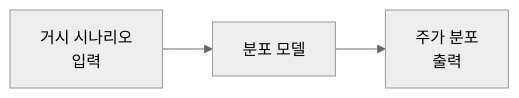
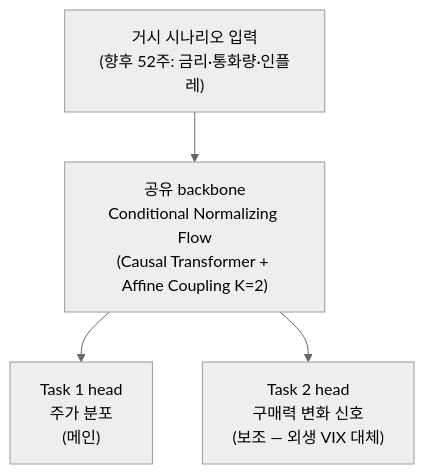
Before and after one commit to hwayobi2020/homeostatic-market: the diagram in README.md, drawn with Mermaid (neutral theme). The commit also changed other lines of this file, not shown here.

Commit message:
README §1.1 그림 — MTL 표준 시각화로 교체
- 단일 흐름(input→model→output) → MTL hard parameter sharing 분기 구조
  (Caruana 1993, Ruder 2017 표준 패턴)
- 공유 backbone에서 Task 1 (주가, 메인) / Task 2 (구매력 변화, 보조) 분기
- 표 4행: 입력 / 공유 backbone / Task 1 / Task 2

````diff
--- a/README.md
+++ b/README.md
@@ -30,4 +30,11 @@
 ```mermaid
-flowchart LR
-    A["거시 시나리오<br/>입력"] --> B["분포 모델"] --> C["주가 분포<br/>출력"]
+flowchart TB
+    A["거시 시나리오 입력<br/>(향후 52주: 금리·통화량·인플레)"]
+    B["공유 backbone<br/>Conditional Normalizing Flow<br/>(Causal Transformer + Affine Coupling K=2)"]
+    H1["Task 1 head<br/>주가 분포<br/>(메인)"]
+    H2["Task 2 head<br/>구매력 변화 신호<br/>(보조 — 외생 VIX 대체)"]
+
+    A --> B
+    B --> H1
+    B --> H2
 ```
````
